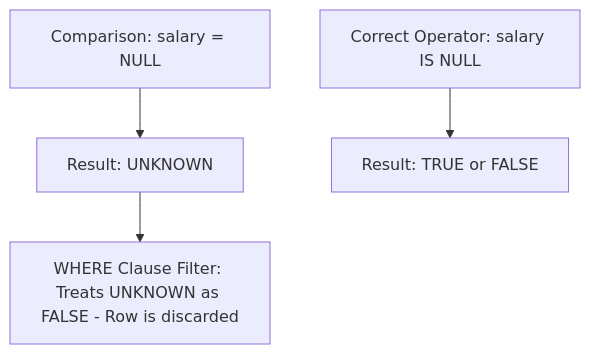
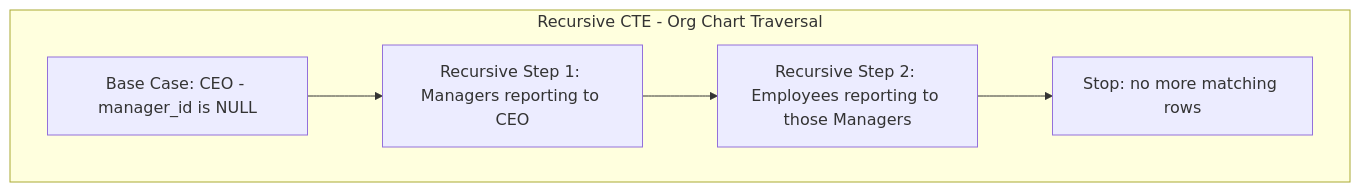
Before and after one commit to muhammad-khaled-tech/My-Study-Notes: diagram 16 of 48 in interviews/SQL-NoSQL-Complete.md, drawn with Mermaid. The commit also changed other lines of this file and 3 other files, not shown here.

````diff
--- a/interviews/SQL-NoSQL-Complete.md
+++ b/interviews/SQL-NoSQL-Complete.md
@@ -1225,6 +924,8 @@
 ```mermaid
 graph TD
-    A["Comparison: salary = NULL"] --> B["Result: UNKNOWN"]
-    B --> C["WHERE Clause Filter: Treats UNKNOWN as FALSE - Row is discarded"]
-    D["Correct Operator: salary IS NULL"] --> E["Result: TRUE or FALSE"]
+    subgraph "Recursive CTE - Org Chart Traversal"
+        A["Base Case: CEO - manager_id is NULL"] --> B["Recursive Step 1: Managers reporting to CEO"]
+        B --> C["Recursive Step 2: Employees reporting to those Managers"]
+        C --> D["Stop: no more matching rows"]
+    end
 ```
````
